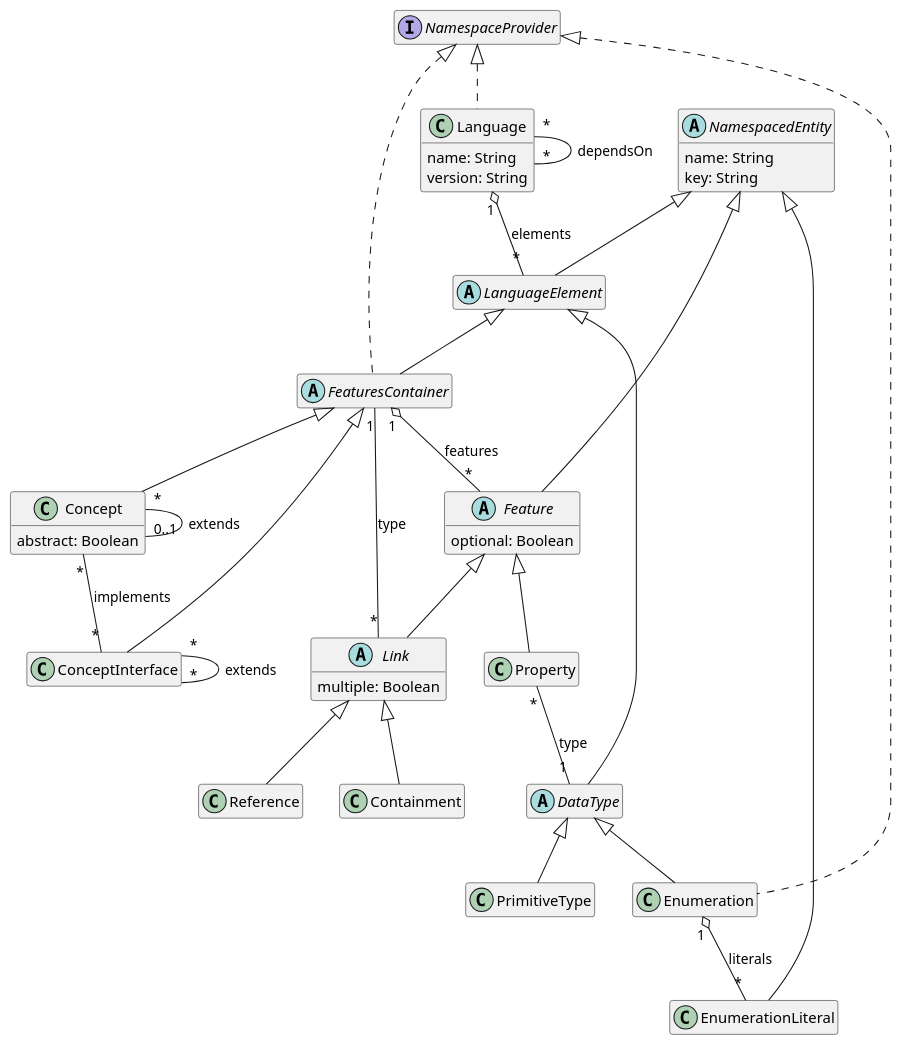
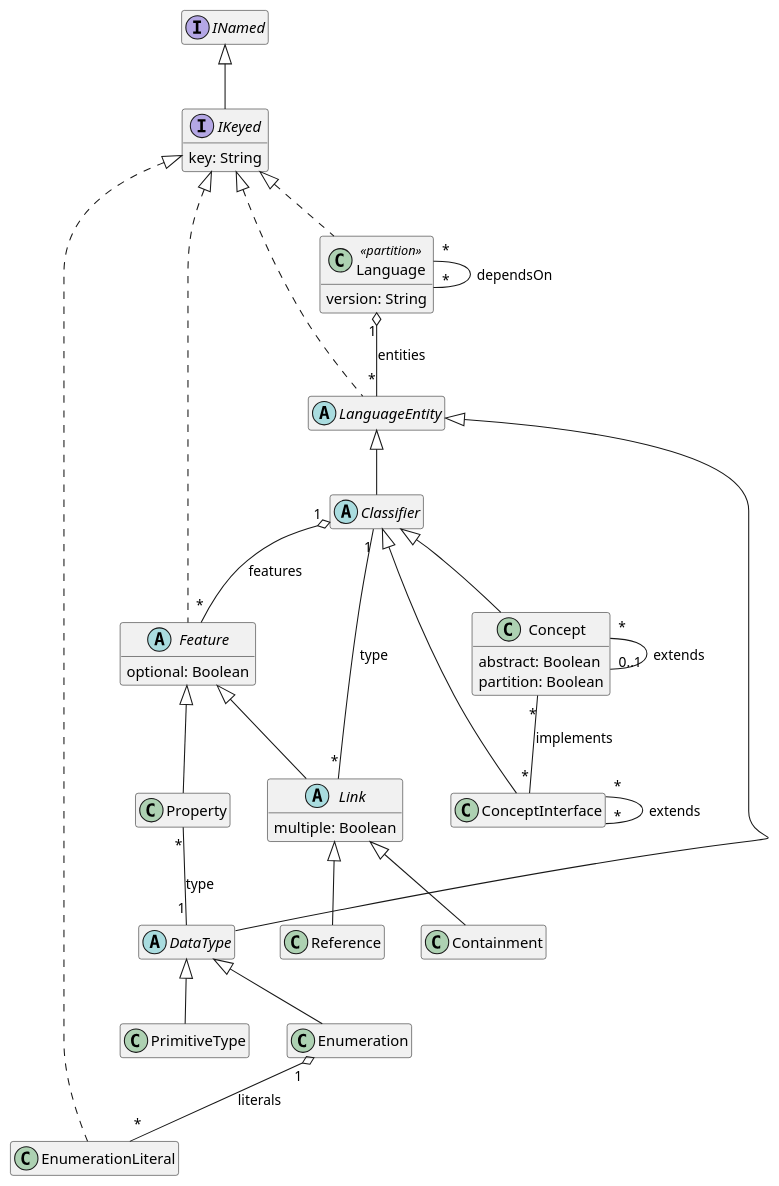
One commit to LionWeb-io/lionweb-typescript changed the diagram in diagrams/metametamodel-gen.puml. Above: the diagram before and after it, drawn with PlantUML. The commit also changed 61 other files, not shown here.

```diff
--- a/diagrams/metametamodel-gen.puml
+++ b/diagrams/metametamodel-gen.puml
@@ -1,73 +1,70 @@
 @startuml
 hide empty members
 
 ' qualified name: "LIonCore.M3"
 
 
-class Concept extends FeaturesContainer {
+abstract class Classifier extends LanguageEntity
+
+class Concept extends Classifier {
   abstract: Boolean
+  partition: Boolean
 }
 
-class ConceptInterface extends FeaturesContainer
+class ConceptInterface extends Classifier
 
 class Containment extends Link
 
-abstract class DataType extends LanguageElement
+abstract class DataType extends LanguageEntity
 
-class Enumeration extends DataType implements NamespaceProvider
+class Enumeration extends DataType
 
-class EnumerationLiteral extends NamespacedEntity
+class EnumerationLiteral implements IKeyed
 
-abstract class Feature extends NamespacedEntity {
+abstract class Feature implements IKeyed {
   optional: Boolean
 }
 
-abstract class FeaturesContainer extends LanguageElement implements NamespaceProvider
+interface IKeyed extends INamed {
+  key: String
+}
 
-class Language implements NamespaceProvider {
-  name: String
+class Language <<partition>> implements IKeyed {
   version: String
 }
 
-abstract class LanguageElement extends NamespacedEntity
+abstract class LanguageEntity implements IKeyed
 
 abstract class Link extends Feature {
   multiple: Boolean
-}
-
-interface NamespaceProvider
-abstract class NamespacedEntity {
-  name: String
-  key: String
 }
 
 class PrimitiveType extends DataType
 
 class Property extends Feature
 
 class Reference extends Link
 
 
 
 ' relations:
 
+Classifier "1" o-- "*" Feature: features
 Concept "*" -- "0..1" Concept: extends
 Concept "*" -- "*" ConceptInterface: implements
 ConceptInterface "*" -- "*" ConceptInterface: extends
 
 
 Enumeration "1" o-- "*" EnumerationLiteral: literals
 
 
-FeaturesContainer "1" o-- "*" Feature: features
-Language "1" o-- "*" LanguageElement: elements
+
+Language "1" o-- "*" LanguageEntity: entities
 Language "*" -- "*" Language: dependsOn
 
-Link "*" -- "1" FeaturesContainer: type
-
-
+Link "*" -- "1" Classifier: type
 
 Property "*" -- "1" DataType: type
 
 
 @enduml
```
